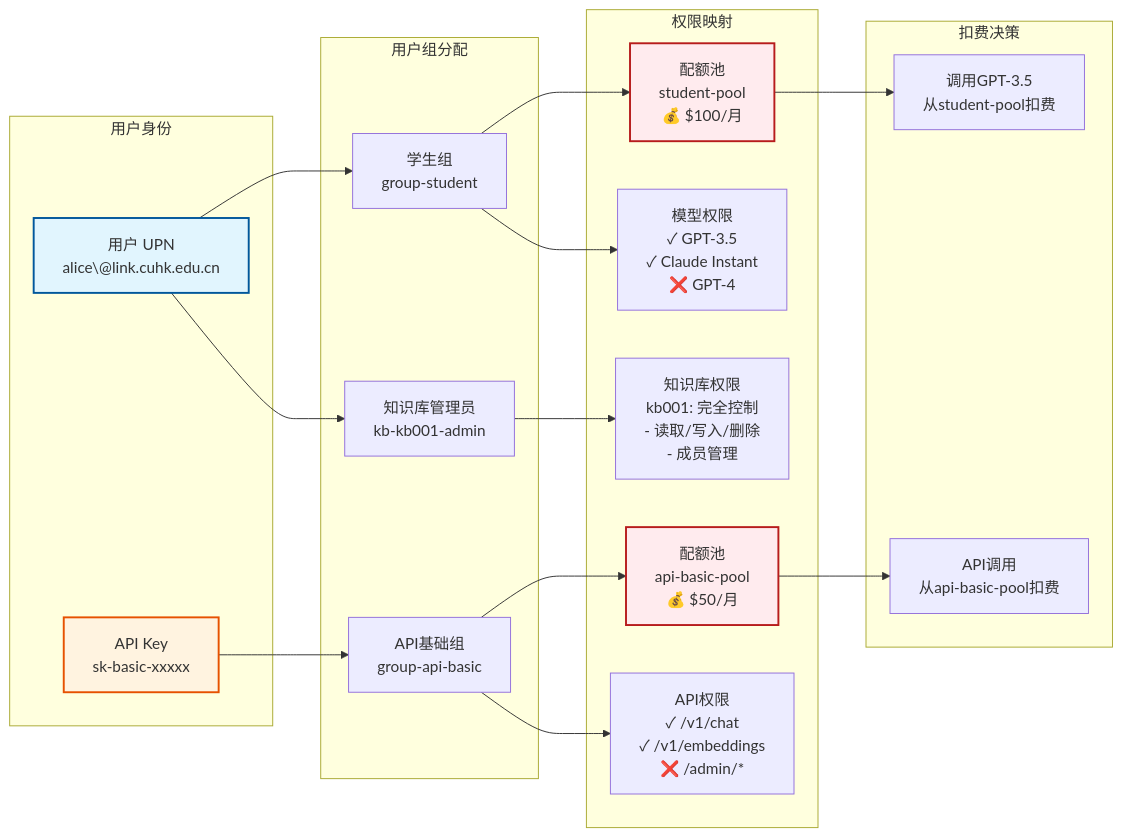
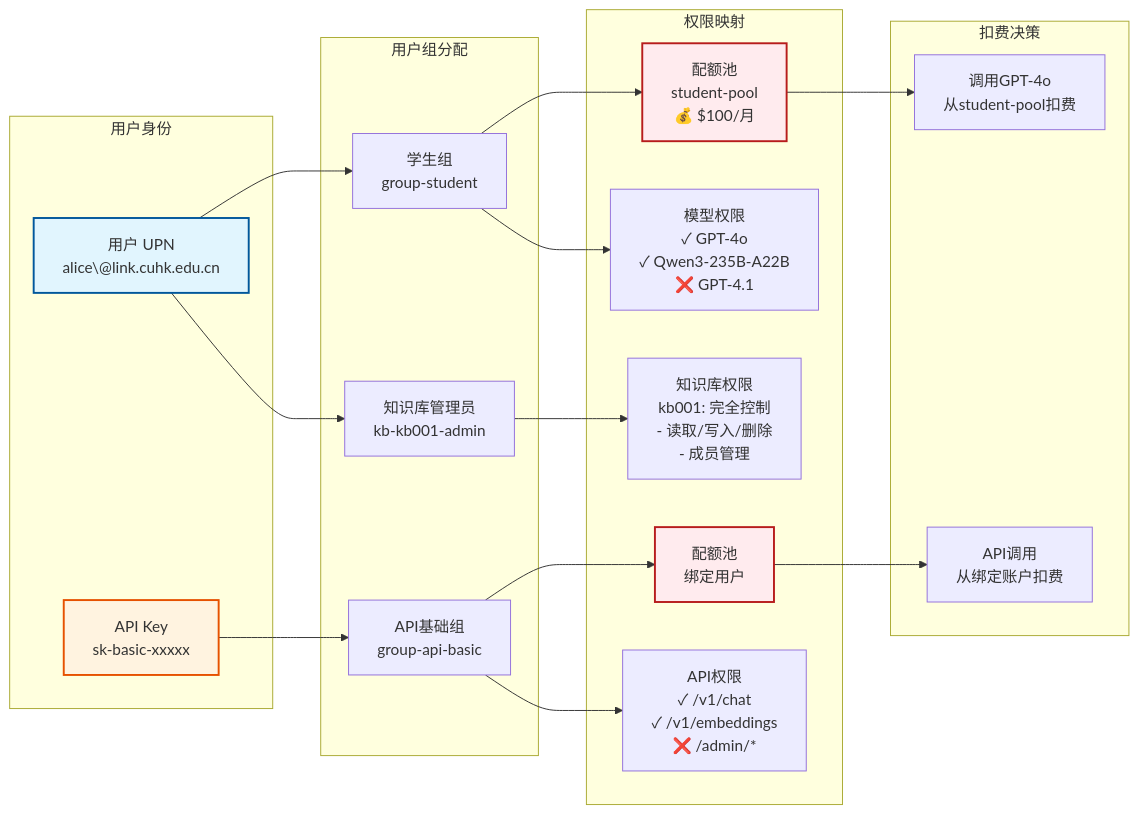
The fourth of 4 diagrams in README.md (NickWilde18/UniAuth), drawn with Mermaid before and after one commit.

````diff
--- a/README.md
+++ b/README.md
@@ -188,33 +188,33 @@
 ```mermaid
 graph LR
     subgraph "用户身份"
         USER["用户 UPN<br/>alice\@link.cuhk.edu.cn"]
         APIKEY["API Key<br/>sk-basic-xxxxx"]
     end
     
     subgraph "用户组分配"
         USER --> GS["学生组<br/>group-student"]
         USER --> GKB["知识库管理员<br/>kb-kb001-admin"]
         APIKEY --> GAPI["API基础组<br/>group-api-basic"]
     end
     
     subgraph "权限映射"
         GS --> QS["配额池<br/>student-pool<br/>💰 $100/月"]
-        GS --> MS["模型权限<br/>✓ GPT-3.5<br/>✓ Claude Instant<br/>❌ GPT-4"]
+        GS --> MS["模型权限<br/>✓ GPT-4o<br/>✓ Qwen3-235B-A22B<br/>❌ GPT-4.1"]
         
         GKB --> KBP["知识库权限<br/>kb001: 完全控制<br/>- 读取/写入/删除<br/>- 成员管理"]
         
-        GAPI --> QAPI["配额池<br/>api-basic-pool<br/>💰 $50/月"]
+        GAPI --> QAPI["配额池<br/>绑定用户"]
         GAPI --> MAPI["API权限<br/>✓ /v1/chat<br/>✓ /v1/embeddings<br/>❌ /admin/*"]
     end
     
     subgraph "扣费决策"
-        QS --> BILL1["调用GPT-3.5<br/>从student-pool扣费"]
-        QAPI --> BILL2["API调用<br/>从api-basic-pool扣费"]
+        QS --> BILL1["调用GPT-4o<br/>从student-pool扣费"]
+        QAPI --> BILL2["API调用<br/>从绑定账户扣费"]
     end
     
     style USER fill:#e1f5fe,stroke:#01579b,stroke-width:2px
     style APIKEY fill:#fff3e0,stroke:#e65100,stroke-width:2px
     style QS fill:#ffebee,stroke:#b71c1c,stroke-width:2px
     style QAPI fill:#ffebee,stroke:#b71c1c,stroke-width:2px
 ```
````
